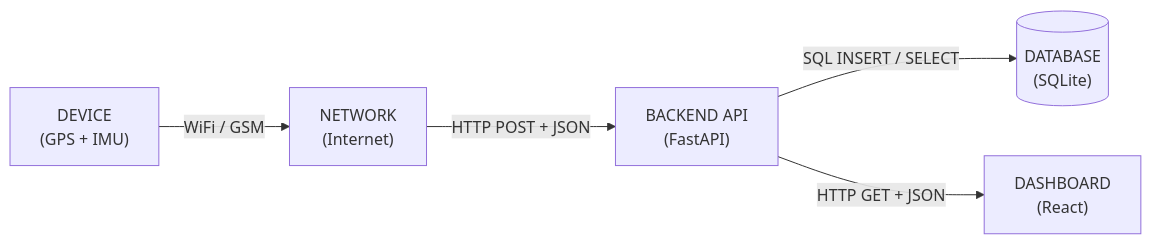
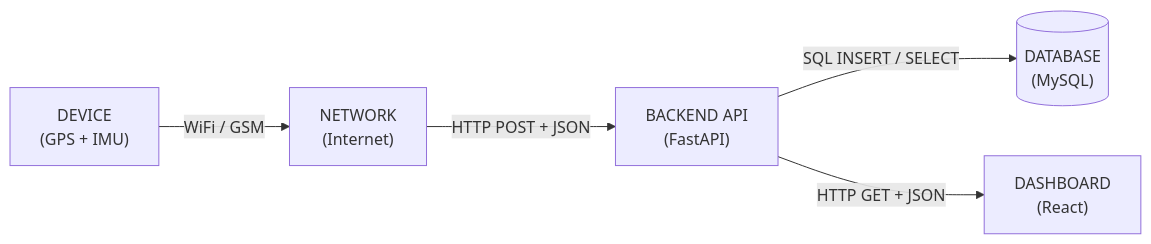
Before and after one commit to puneethsrimanthula/tracker: the diagram in NOTES.md, drawn with Mermaid. The commit also changed other lines of this file and 19 other files, not shown here.

````diff
--- a/NOTES.md
+++ b/NOTES.md
@@ -24,7 +24,7 @@
 ```mermaid
 flowchart LR
     A["DEVICE<br/>(GPS + IMU)"] -->|"WiFi / GSM"| B["NETWORK<br/>(Internet)"]
     B -->|"HTTP POST + JSON"| C["BACKEND API<br/>(FastAPI)"]
-    C -->|"SQL INSERT / SELECT"| D[("DATABASE<br/>(SQLite)")]
+    C -->|"SQL INSERT / SELECT"| D[("DATABASE<br/>(MySQL)")]
     C -->|"HTTP GET + JSON"| E["DASHBOARD<br/>(React)"]
 ```
````
